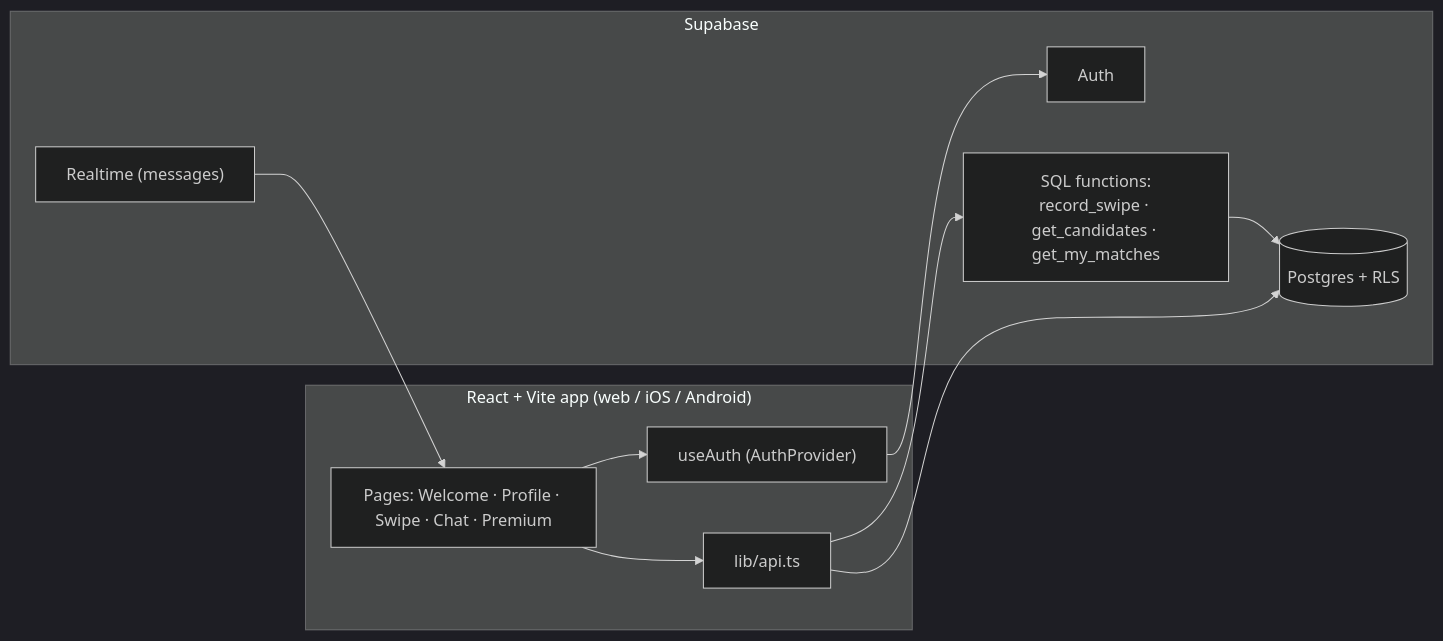
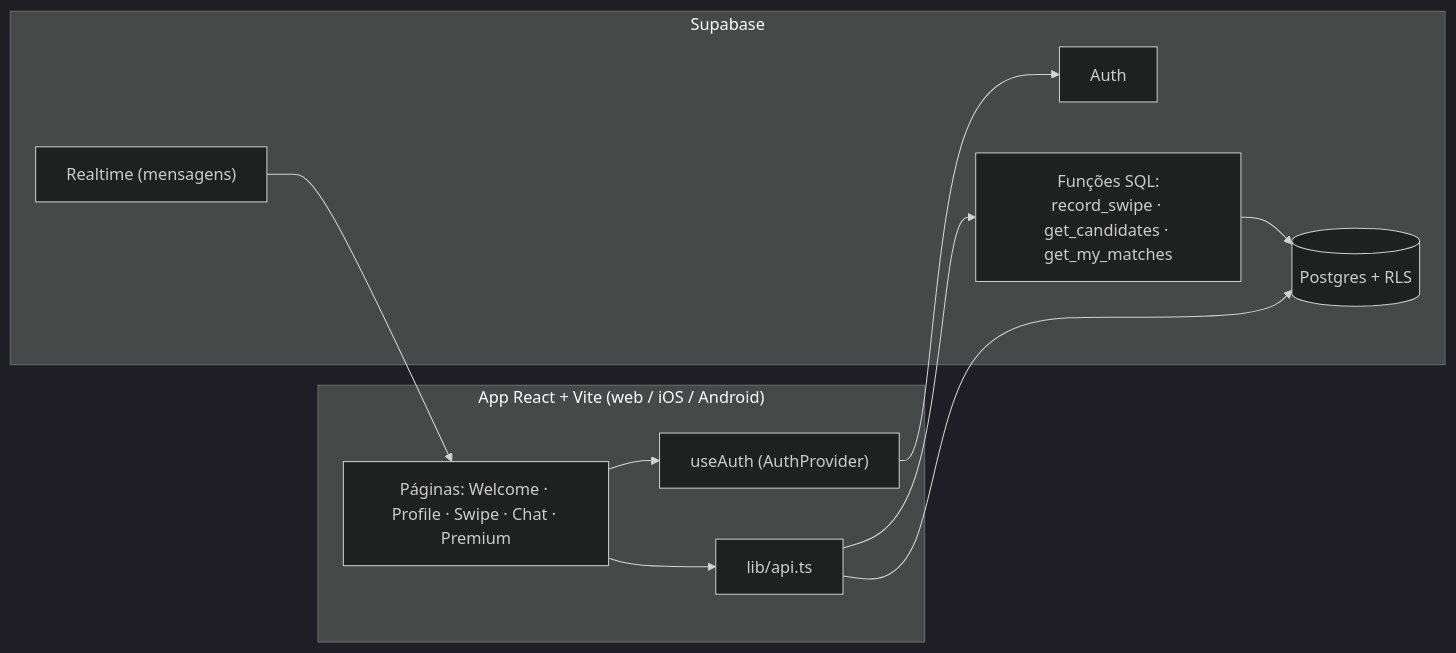
One commit to geoggrigori/gamematch changed the diagram in README.md. Above: the diagram before and after it, drawn with Mermaid (dark theme). The commit also changed other lines of this file, not shown here.

````diff
--- a/README.md
+++ b/README.md
@@ -51,21 +79,21 @@
 ```mermaid
 flowchart LR
-  subgraph Client["React + Vite app (web / iOS / Android)"]
-    UI["Pages: Welcome · Profile · Swipe · Chat · Premium"]
+  subgraph Client["App React + Vite (web / iOS / Android)"]
+    UI["Páginas: Welcome · Profile · Swipe · Chat · Premium"]
     Auth["useAuth (AuthProvider)"]
     API["lib/api.ts"]
   end
 
   subgraph Supabase["Supabase"]
     SAuth["Auth"]
     DB[("Postgres + RLS")]
-    RPC["SQL functions:<br/>record_swipe · get_candidates · get_my_matches"]
-    RT["Realtime (messages)"]
+    RPC["Funções SQL:<br/>record_swipe · get_candidates · get_my_matches"]
+    RT["Realtime (mensagens)"]
   end
 
   UI --> Auth --> SAuth
   UI --> API
   API --> RPC --> DB
   API --> DB
   RT --> UI
 ```
````
